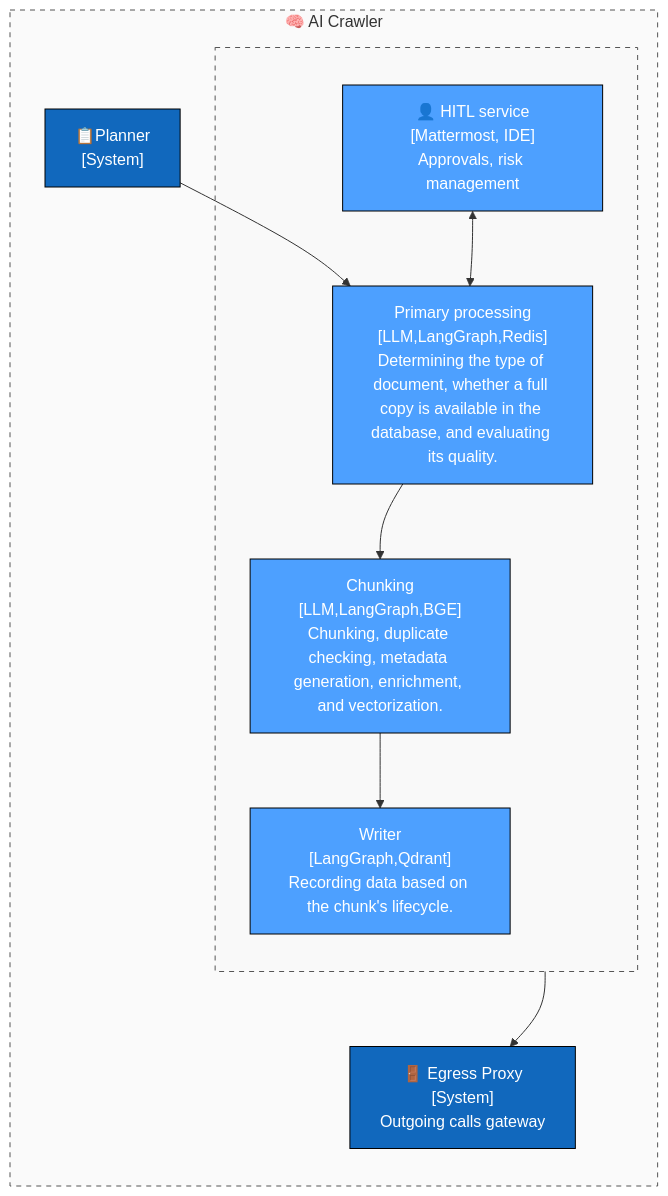
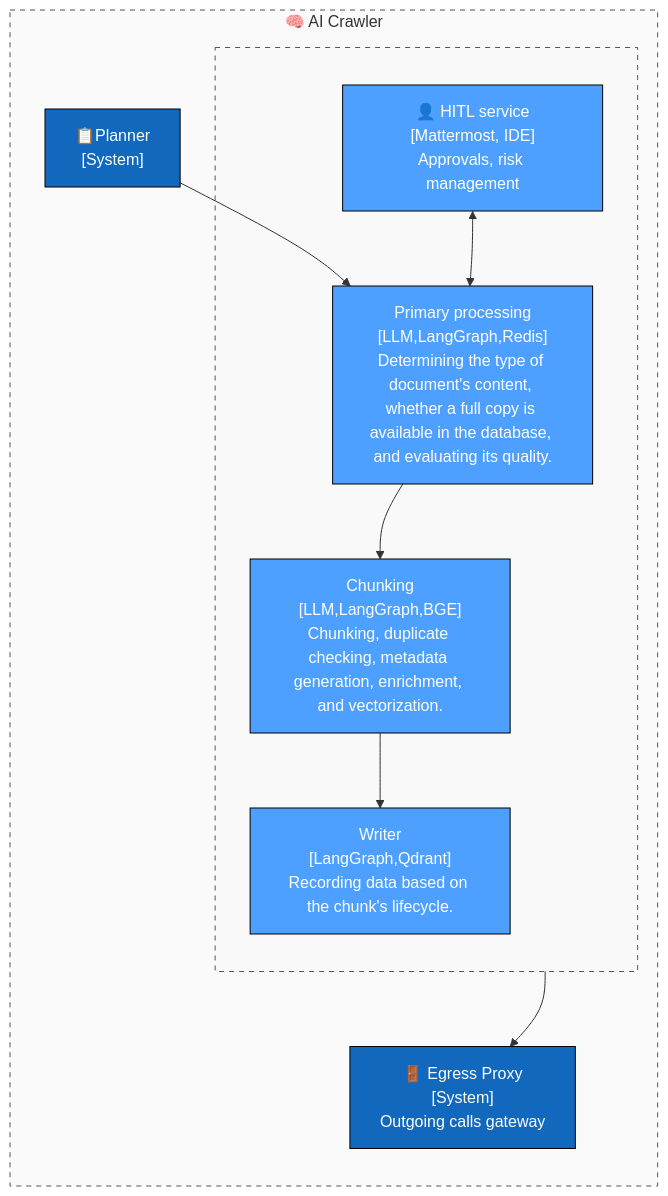
Before and after one commit to Kir-Za/MAS: the diagram in c4schemes_crawler/container_rag.mmd, drawn with Mermaid. The commit also changed 1 other file, not shown here.

Commit message:
Clarifying the processing description

```diff
--- a/c4schemes_crawler/container_rag.mmd
+++ b/c4schemes_crawler/container_rag.mmd
@@ -1,30 +1,30 @@
 flowchart TD
     classDef actor fill:#08427b,stroke:#000,color:#fff,stroke-width:2px;
     classDef system fill:#1168bd,stroke:#000,color:#fff;
     classDef container fill:#4DA0FF,stroke:#000,color:#fff;
     classDef external fill:#999,stroke:#333,color:#fff;
     
     
     subgraph group_internal_0["🧠 AI Crawler"]
         scheduler["📋Planner<br/>[System]<br/>"]:::system
         direction TB
         subgraph group_internal_1[" "]
-            prepare["Primary processing<br/>[LLM,LangGraph,Redis]<br/>Determining the type of document, whether a full copy is available in the database, and evaluating its quality."]:::container
+            prepare["Primary processing<br/>[LLM,LangGraph,Redis]<br/>Determining the type of document's content, whether a full copy is available in the database, and evaluating its quality."]:::container
             hitl["👤 HITL service<br/>[Mattermost, IDE]<br/>Approvals, risk management"]:::container
             chunking["Chunking<br/>[LLM,LangGraph,BGE]<br/>Chunking, duplicate checking, metadata generation, enrichment, and vectorization."]:::container
             writer["Writer<br/>[LangGraph,Qdrant]<br/>Recording data based on the chunk's lifecycle."]:::container
         end
 
         egress["🚪 Egress Proxy<br/>[System]<br/>Outgoing calls gateway"]:::system
 
     end
 
     scheduler --> prepare --> chunking --> writer
     hitl <--> prepare
 
     
     group_internal_1 --> egress
     writer ~~~ egress
 
     style group_internal_0 stroke:#555,stroke-dasharray: 5 5,fill:#f9f9f9,fill-opacity:0.8;
     style group_internal_1 stroke:#555,stroke-dasharray: 5 5,fill:#f9f9f9,fill-opacity:0.8;
```
